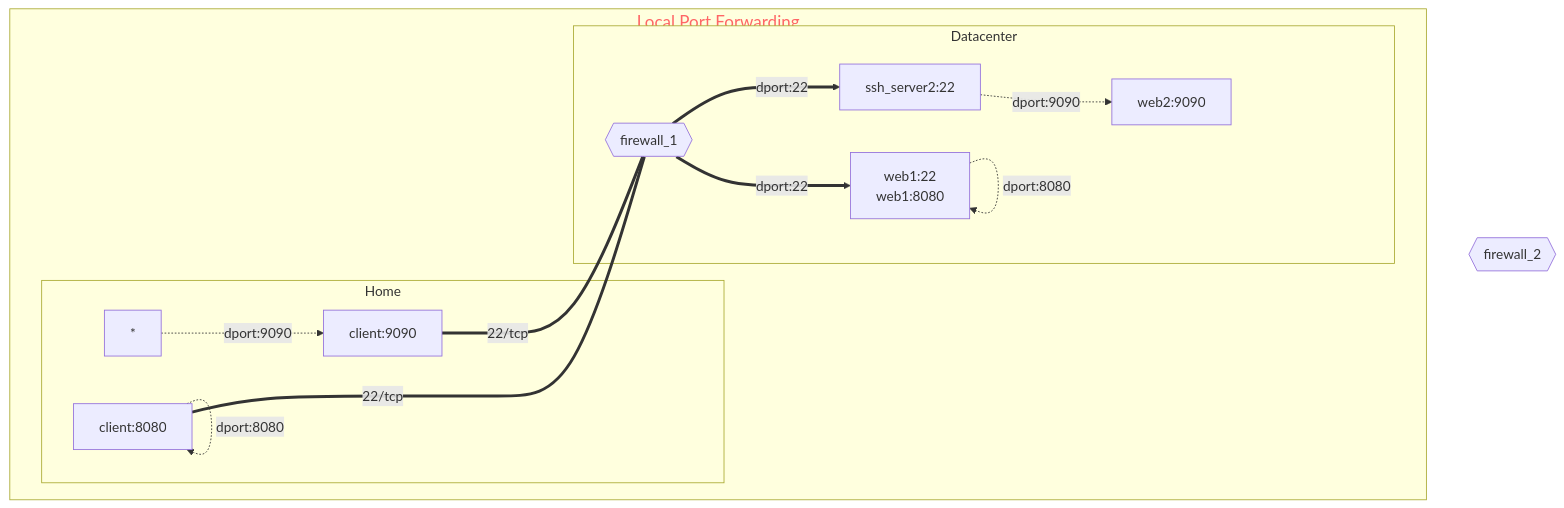
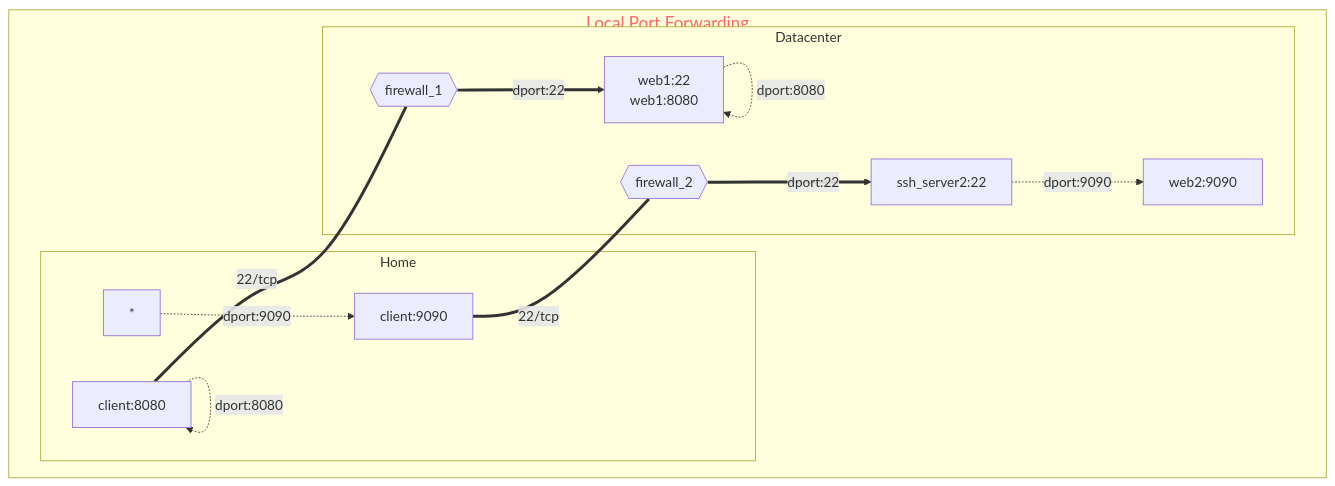
Before and after one commit to myseq/notes: the first of 3 diagrams in markdown/diagrams.md, drawn with Mermaid.

````diff
--- a/markdown/diagrams.md
+++ b/markdown/diagrams.md
@@ -3,46 +3,46 @@
 ```mermaid
 graph TD
     cli_1[client:8080]
     cli_2[client:9090]
     fw1{{firewall_1}}
     fw2{{firewall_2}}
     sshd1["  web1:22
            web1:8080"]
     sshd2["ssh_server2:22"]
     web2["web2:9090"]
  
     subgraph main[Local Port Forwarding]
       
 
         subgraph local[Home]
         cli_1 -.-> |dport:8080| cli_1
         end
 
         subgraph local[Home]
         * -.-> |dport:9090| cli_2
         end
              
         subgraph remote[Datacenter]
         cli_1 === |22/tcp| fw1 ==> |dport:22| sshd1
         sshd1 -.-> |dport:8080| sshd1
         end
 
         subgraph remote[Datacenter]
-        cli_2 === |22/tcp| fw1 ==> |dport:22| sshd2
+        cli_2 === |22/tcp| fw2 ==> |dport:22| sshd2
         sshd2 -.-> |dport:9090| web2
         end
 
       
 
     end 
 
     classDef title font-size:20px,color:#f66
     classDef padding stroke:none,fill:none
     classDef title2 color:#0ff
 
     class main title
     class remote title2
 
     style local color:#0f0
     
 ```
````
